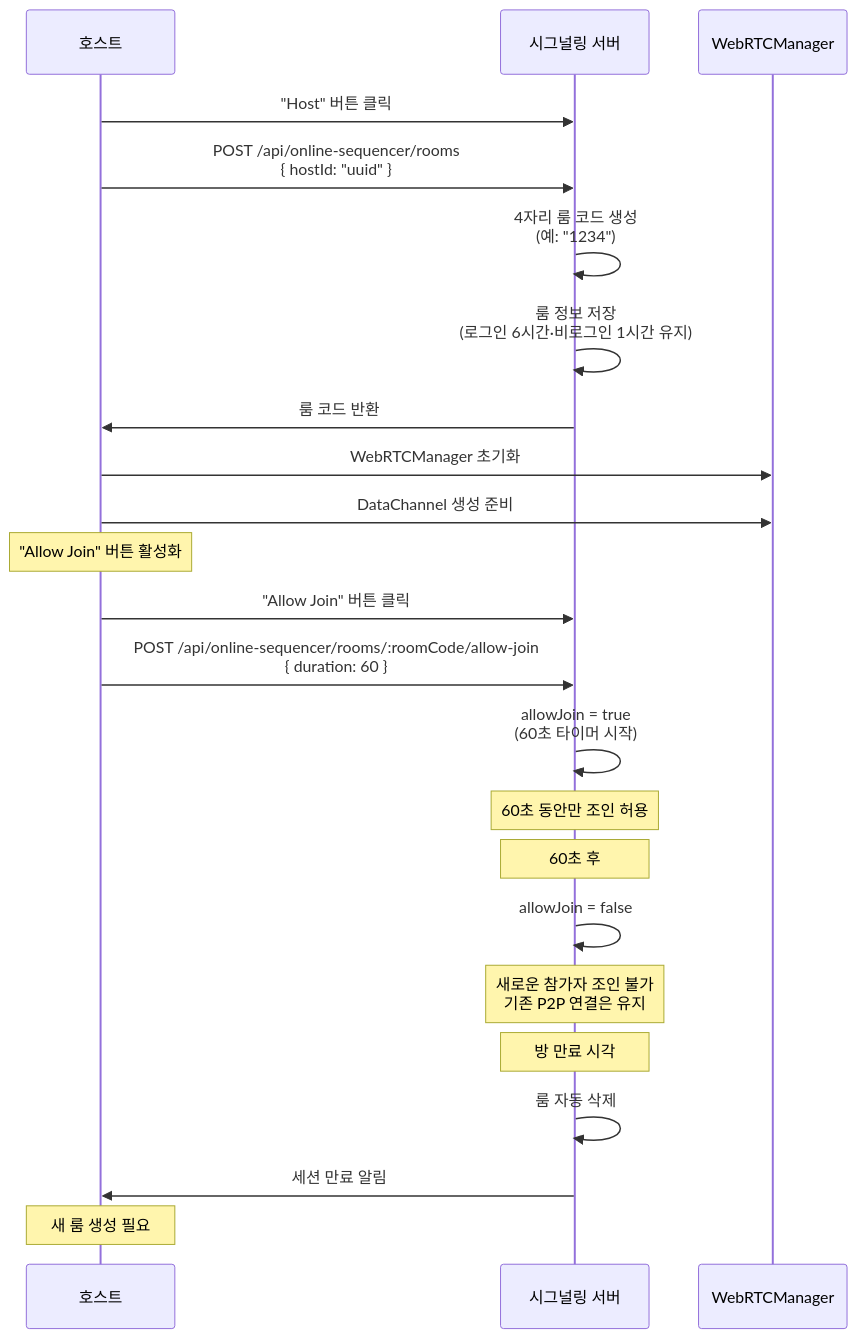
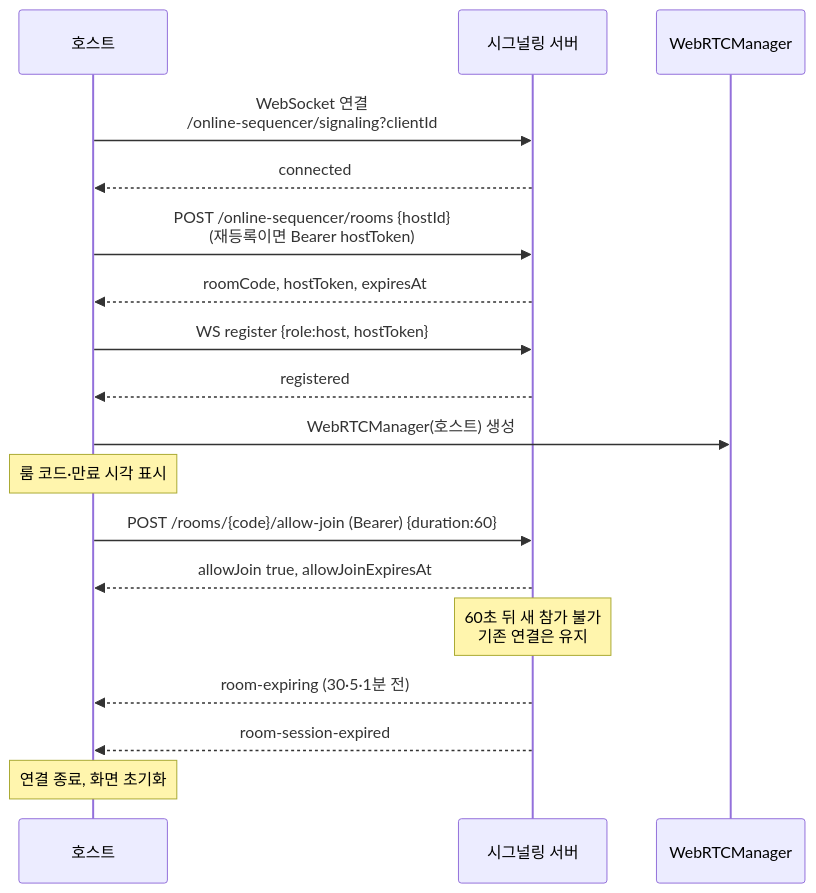
The first of 2 diagrams in docs/specs/collaboration-specification/connection-flow.md (JaceDashS/online-sequencer), drawn with Mermaid before and after one commit. The commit also changed other lines of this file and 23 other files, not shown here.

````diff
--- a/docs/specs/collaboration-specification/connection-flow.md
+++ b/docs/specs/collaboration-specification/connection-flow.md
@@ -11,29 +13,21 @@
 ```mermaid
 sequenceDiagram
-    participant Host as 호스트
-    participant Server as 시그널링 서버
-    participant WebRTC as WebRTCManager
-    
-    Host->>Server: "Host" 버튼 클릭
-    Host->>Server: POST /api/online-sequencer/rooms<br/>{ hostId: "uuid" }
-    Server->>Server: 4자리 룸 코드 생성<br/>(예: "1234")
-    Server->>Server: 룸 정보 저장<br/>(로그인 6시간·비로그인 1시간 유지)
-    Server->>Host: 룸 코드 반환
-    Host->>WebRTC: WebRTCManager 초기화
-    Host->>WebRTC: DataChannel 생성 준비
-    Note over Host: "Allow Join" 버튼 활성화
-    
-    Host->>Server: "Allow Join" 버튼 클릭
-    Host->>Server: POST /api/online-sequencer/rooms/:roomCode/allow-join<br/>{ duration: 60 }
-    Server->>Server: allowJoin = true<br/>(60초 타이머 시작)
-    Note over Server: 60초 동안만 조인 허용
-    
-    Note over Server: 60초 후
-    Server->>Server: allowJoin = false
-    Note over Server: 새로운 참가자 조인 불가<br/>기존 P2P 연결은 유지
-    
-    Note over Server: 방 만료 시각
-    Server->>Server: 룸 자동 삭제
-    Server->>Host: 세션 만료 알림
-    Note over Host: 새 룸 생성 필요
+    participant H as 호스트
+    participant S as 시그널링 서버
+    participant W as WebRTCManager
+
+    H->>S: WebSocket 연결<br/>/online-sequencer/signaling?clientId
+    S-->>H: connected
+    H->>S: POST /online-sequencer/rooms {hostId}<br/>(재등록이면 Bearer hostToken)
+    S-->>H: roomCode, hostToken, expiresAt
+    H->>S: WS register {role:host, hostToken}
+    S-->>H: registered
+    H->>W: WebRTCManager(호스트) 생성
+    Note over H: 룸 코드·만료 시각 표시
+    H->>S: POST /rooms/{code}/allow-join (Bearer) {duration:60}
+    S-->>H: allowJoin true, allowJoinExpiresAt
+    Note over S: 60초 뒤 새 참가 불가<br/>기존 연결은 유지
+    S-->>H: room-expiring (30·5·1분 전)
+    S-->>H: room-session-expired
+    Note over H: 연결 종료, 화면 초기화
 ```
````
